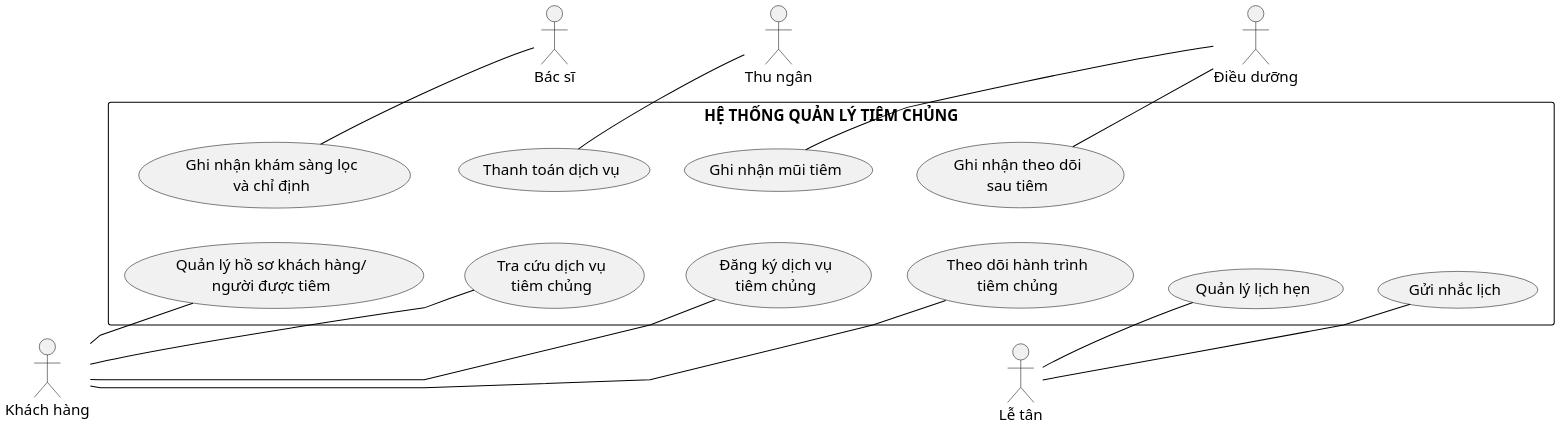
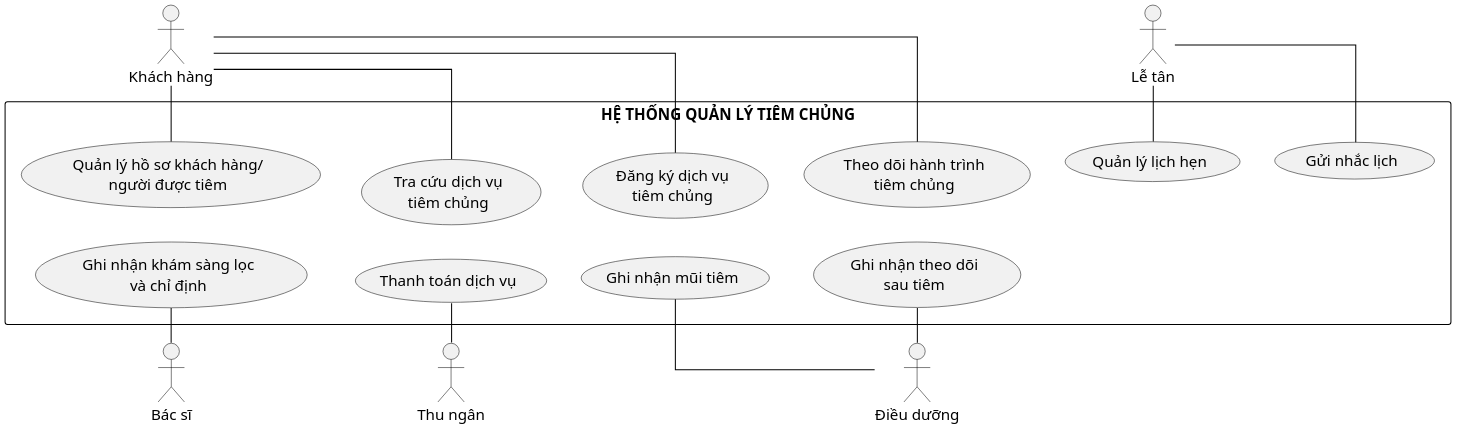
One commit to datngo1203/KLCN-QuanLyTiemChung changed the diagram in docs/thesis/uml/Hinh_2_9_System_Use_Case_Tong_Quan.puml. Above: the diagram before and after it, drawn with PlantUML.

Commit message:
docs(thesis): enforce approved Hinh 2.9 actor sides

```diff
--- a/docs/thesis/uml/Hinh_2_9_System_Use_Case_Tong_Quan.puml
+++ b/docs/thesis/uml/Hinh_2_9_System_Use_Case_Tong_Quan.puml
@@ -1,92 +1,82 @@
 @startuml
 ' THESIS-R1 — Hình 2.9 System Use Case summary
 ' Visual contract: approved layout prototype v3.
-' Semantics are locked in SCOPE.md; hidden links below are layout-only.
+' Semantic model is locked in SCOPE.md.
 skinparam monochrome true
 skinparam shadowing false
 skinparam backgroundColor white
 skinparam defaultFontName "Times New Roman"
 skinparam defaultFontSize 15
 skinparam ArrowColor black
 skinparam ActorBorderColor black
 skinparam UsecaseBorderColor black
 skinparam RectangleBorderColor black
-skinparam linetype polyline
+skinparam linetype ortho
 skinparam nodesep 34
 skinparam ranksep 34
 skinparam dpi 180
 
 left to right direction
 
 actor "Khách hàng" as Customer
 actor "Lễ tân" as Reception
 
 rectangle "HỆ THỐNG QUẢN LÝ TIÊM CHỦNG" as SystemBoundary {
-  ' Customer-facing cluster — top to bottom
   usecase "Quản lý hồ sơ khách hàng/\nngười được tiêm" as UC09
   usecase "Tra cứu dịch vụ\ntiêm chủng" as UC10
   usecase "Đăng ký dịch vụ\ntiêm chủng" as UC11
   usecase "Theo dõi hành trình\ntiêm chủng" as UC19
 
-  ' Reception cluster — lower than Customer cluster
   usecase "Quản lý lịch hẹn" as UC12
   usecase "Gửi nhắc lịch" as UC13
 
-  ' Clinical cluster — top to bottom, reading order only
   usecase "Ghi nhận khám sàng lọc\nvà chỉ định" as UC15
   usecase "Thanh toán dịch vụ" as UC16
   usecase "Ghi nhận mũi tiêm" as UC17
   usecase "Ghi nhận theo dõi\nsau tiêm" as UC18
 
-  ' Vertical stacks.
+  ' Left-side customer stack.
   UC09 -[hidden]down- UC10
   UC10 -[hidden]down- UC11
   UC11 -[hidden]down- UC19
 
+  ' Reception stack below customer stack.
+  UC19 -[hidden]down- UC12
   UC12 -[hidden]down- UC13
 
+  ' Right-side clinical stack.
   UC15 -[hidden]down- UC16
   UC16 -[hidden]down- UC17
   UC17 -[hidden]down- UC18
 
-  ' Horizontal grouping: customer/reception cluster left, clinical cluster right.
+  ' Keep clinical cluster to the right.
   UC09 -[hidden]right- UC15
   UC10 -[hidden]right- UC16
   UC11 -[hidden]right- UC17
   UC19 -[hidden]right- UC18
-
-  ' Keep Reception cluster below Customer cluster without semantic relation.
-  UC19 -[hidden]down- UC12
 }
 
 actor "Bác sĩ" as Doctor
 actor "Thu ngân" as Cashier
 actor "Điều dưỡng" as Nurse
 
 ' Actor column ordering only.
 Customer -[hidden]down- Reception
 Doctor -[hidden]down- Cashier
 Cashier -[hidden]down- Nurse
 
-' Actor placement anchors only.
-Customer -[hidden]right- UC10
-Reception -[hidden]right- UC12
-UC15 -[hidden]right- Doctor
-UC16 -[hidden]right- Cashier
-UC17 -[hidden]right- Nurse
+' Primary/representative actor associations only.
+Customer -right- UC09
+Customer -right- UC10
+Customer -right- UC11
+Customer -right- UC19
 
-' Primary/representative actor associations only.
-Customer -- UC09
-Customer -- UC10
-Customer -- UC11
-Customer -- UC19
+Reception -right- UC12
+Reception -right- UC13
 
-Reception -- UC12
-Reception -- UC13
-
-UC15 -- Doctor
-UC16 -- Cashier
-UC17 -- Nurse
-UC18 -- Nurse
+UC15 -right- Doctor
+UC16 -right- Cashier
+UC17 -right- Nurse
+UC18 -right- Nurse
 
 @enduml
```
